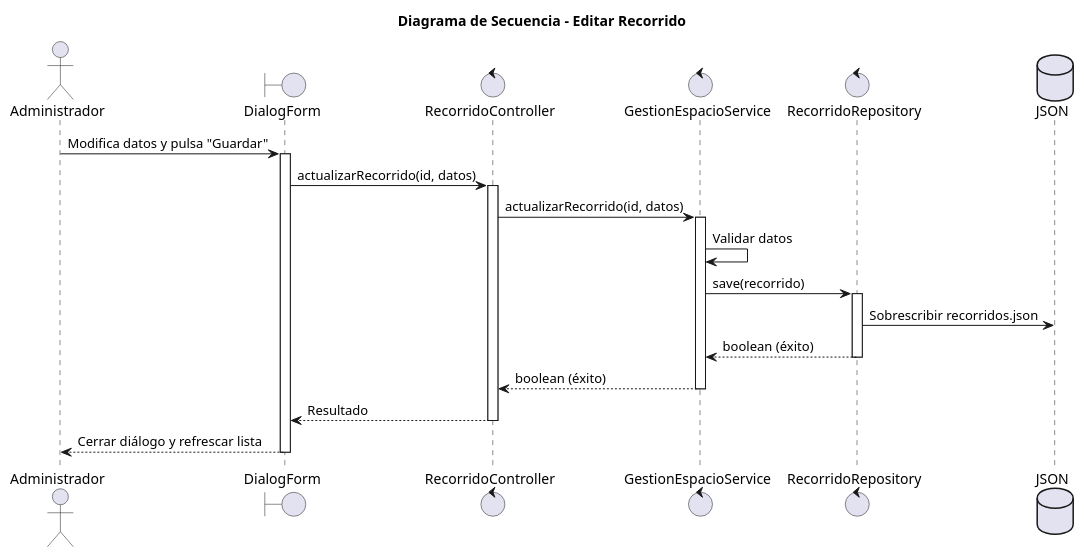
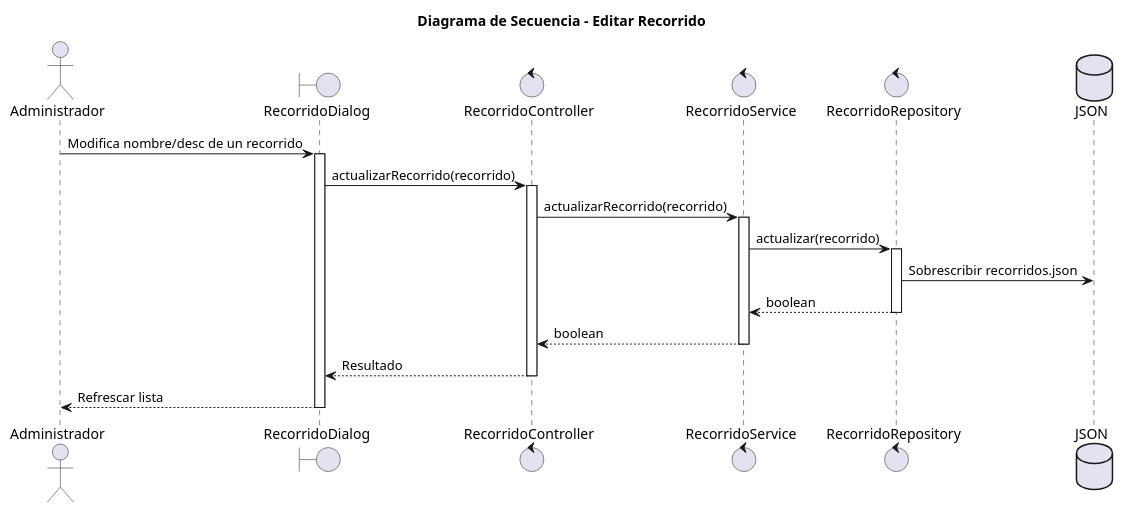
The diagram in modelosUML/02-diseño/00-Administrador/editarRecorrido/secuencia.puml (mmasias/25-26-idsw2-sdVC), drawn with PlantUML before and after one commit. The commit also changed 36 other files, not shown here.

Commit message:
refactor(uml):update design diagrams and specs with new functions

```diff
--- a/modelosUML/02-diseño/00-Administrador/editarRecorrido/secuencia.puml
+++ b/modelosUML/02-diseño/00-Administrador/editarRecorrido/secuencia.puml
@@ -1,30 +1,29 @@
 @startuml
 title "Diagrama de Secuencia - Editar Recorrido"
 
 actor "Administrador" as admin
-boundary "DialogForm" as view
+boundary "RecorridoDialog" as view
 control "RecorridoController" as controller
-control "GestionEspacioService" as service
+control "RecorridoService" as service
 control "RecorridoRepository" as repository
 database "JSON" as db
 
-admin -> view: Modifica datos y pulsa "Guardar"
+admin -> view: Modifica nombre/desc de un recorrido
 activate view
-view -> controller: actualizarRecorrido(id, datos)
+view -> controller: actualizarRecorrido(recorrido)
 activate controller
-controller -> service: actualizarRecorrido(id, datos)
+controller -> service: actualizarRecorrido(recorrido)
 activate service
-service -> service: Validar datos
-service -> repository: save(recorrido)
+service -> repository: actualizar(recorrido)
 activate repository
 repository -> db: Sobrescribir recorridos.json
-repository --> service: boolean (éxito)
+repository --> service: boolean
 deactivate repository
-service --> controller: boolean (éxito)
+service --> controller: boolean
 deactivate service
 controller --> view: Resultado
 deactivate controller
-view --> admin: Cerrar diálogo y refrescar lista
+view --> admin: Refrescar lista
 deactivate view
 
 @enduml
```
